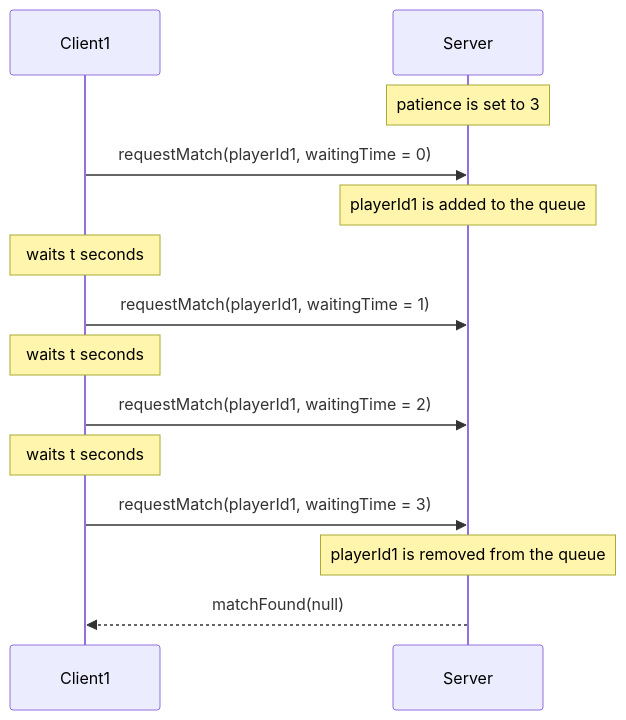
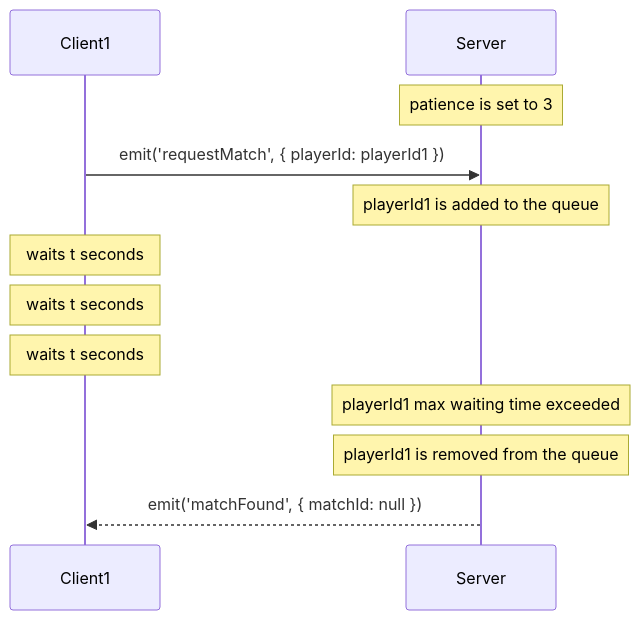
The seventh of 7 diagrams in docs/report.md (AndreaB2000/ASW-project), drawn with Mermaid before and after one commit. The commit also changed other lines of this file, not shown here.

Commit message:
docs: update matchmaking sequence diagram

````diff
--- a/docs/report.md
+++ b/docs/report.md
@@ -469,17 +469,15 @@
 ```mermaid
 sequenceDiagram
    participant Client1
    participant Server
    Note over Server: patience is set to 3
 
-   Client1->>Server: requestMatch(playerId1, waitingTime = 0)
+   Client1->>Server: emit('requestMatch', { playerId: playerId1 })
    Note over Server: playerId1 is added to the queue
    Note over Client1: waits t seconds
-   Client1->>Server: requestMatch(playerId1, waitingTime = 1)
    Note over Client1: waits t seconds
-   Client1->>Server: requestMatch(playerId1, waitingTime = 2)
    Note over Client1: waits t seconds
-   Client1->>Server: requestMatch(playerId1, waitingTime = 3)
+   Note over Server: playerId1 max waiting time exceeded
    Note over Server: playerId1 is removed from the queue
-   Server-->>Client1: matchFound(null)
+   Server-->>Client1: emit('matchFound', { matchId: null })
 ```
````
